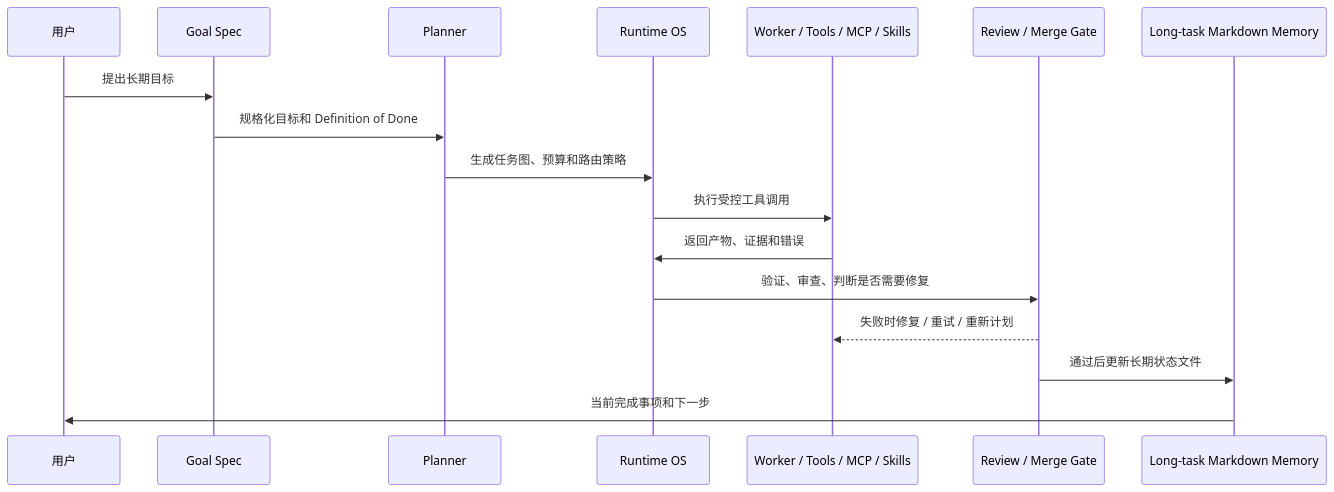
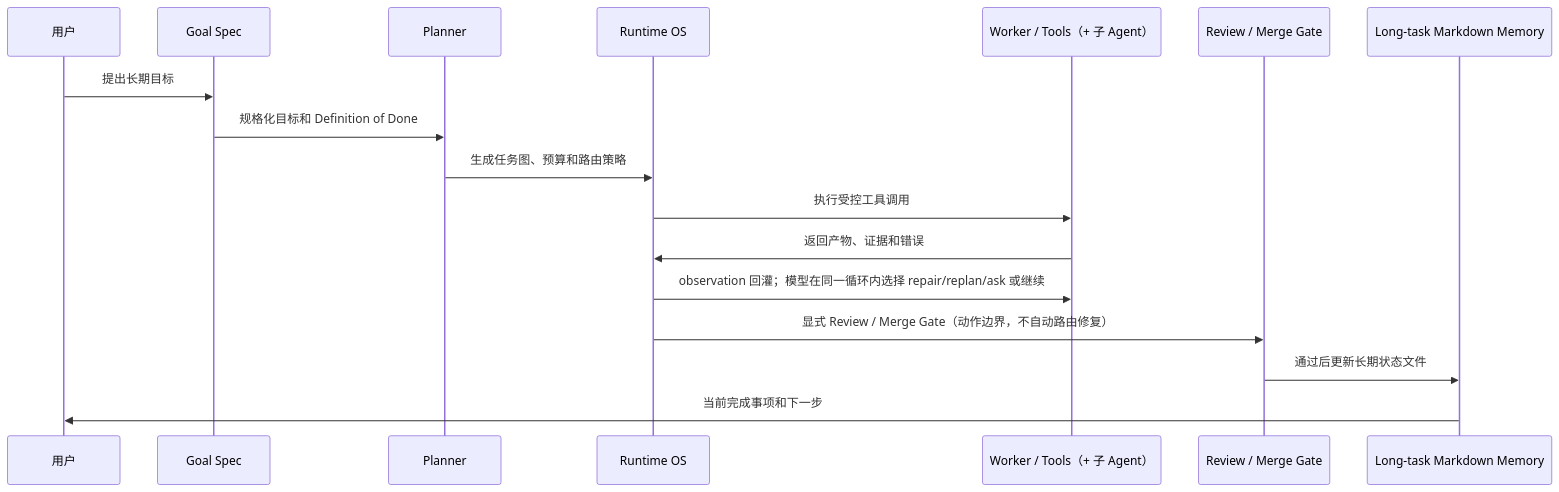
Before and after one commit to z243802480/mult_agent_code: the fourth of 4 diagrams in docs/zh/大模型循环与动态上下文设计.md, drawn with Mermaid. The commit also changed other lines of this file, not shown here.

First line of the commit message:
S74 P2-1/2/3: 大模型循环图去 auto-Gate→Repair / DebugAgent / 修正能力面

````diff
--- a/docs/zh/大模型循环与动态上下文设计.md
+++ b/docs/zh/大模型循环与动态上下文设计.md
@@ -214,20 +213,20 @@
 ```mermaid
 sequenceDiagram
     participant User as 用户
     participant Goal as Goal Spec
     participant Planner as Planner
     participant Runtime as Runtime OS
-    participant Worker as Worker / Tools / MCP / Skills
+    participant Worker as Worker / Tools（+ 子 Agent）
     participant Gate as Review / Merge Gate
     participant Memory as Long-task Markdown Memory
 
     User->>Goal: 提出长期目标
     Goal->>Planner: 规格化目标和 Definition of Done
     Planner->>Runtime: 生成任务图、预算和路由策略
     Runtime->>Worker: 执行受控工具调用
     Worker->>Runtime: 返回产物、证据和错误
-    Runtime->>Gate: 验证、审查、判断是否需要修复
-    Gate-->>Worker: 失败时修复 / 重试 / 重新计划
+    Runtime->>Worker: observation 回灌；模型在同一循环内选择 repair/replan/ask 或继续
+    Runtime->>Gate: 显式 Review / Merge Gate（动作边界，不自动路由修复）
     Gate->>Memory: 通过后更新长期状态文件
     Memory->>User: 当前完成事项和下一步
 ```
````
